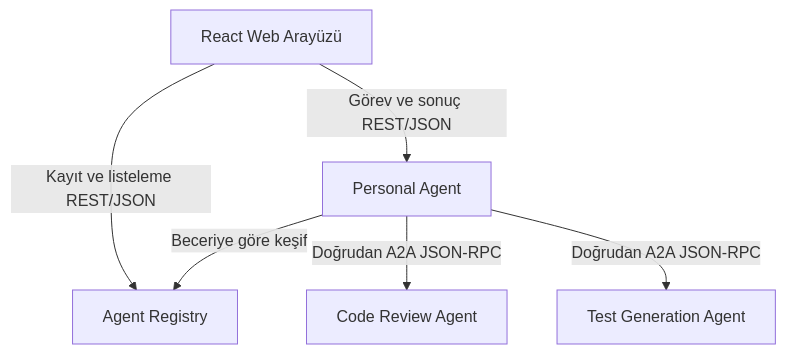
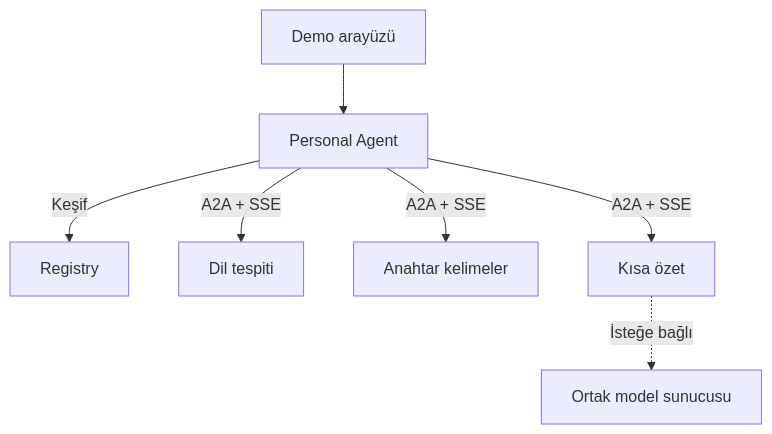
Before and after one commit to theOguz16/InternetForAgents: the diagram in README.md, drawn with Mermaid. The commit also changed other lines of this file and 40 other files, not shown here.

Commit message:
Add local text agent contracts, registry and A2A scaffold

````diff
--- a/README.md
+++ b/README.md
@@ -13,8 +13,9 @@
 ```mermaid
 flowchart TD
- UI[React Web Arayüzü] -->|Görev ve sonuç REST/JSON| PA[Personal Agent]
- UI -->|Kayıt ve listeleme REST/JSON| R[Agent Registry]
- PA -->|Beceriye göre keşif| R
- PA -->|Doğrudan A2A JSON-RPC| C[Code Review Agent]
- PA -->|Doğrudan A2A JSON-RPC| T[Test Generation Agent]
+ UI[Demo arayüzü] --> PA[Personal Agent]
+ PA -->|Keşif| R[Registry]
+ PA -->|A2A + SSE| L[Dil tespiti]
+ PA -->|A2A + SSE| K[Anahtar kelimeler]
+ PA -->|A2A + SSE| S[Kısa özet]
+ S -. İsteğe bağlı .-> M[Ortak model sunucusu]
 ```
````
